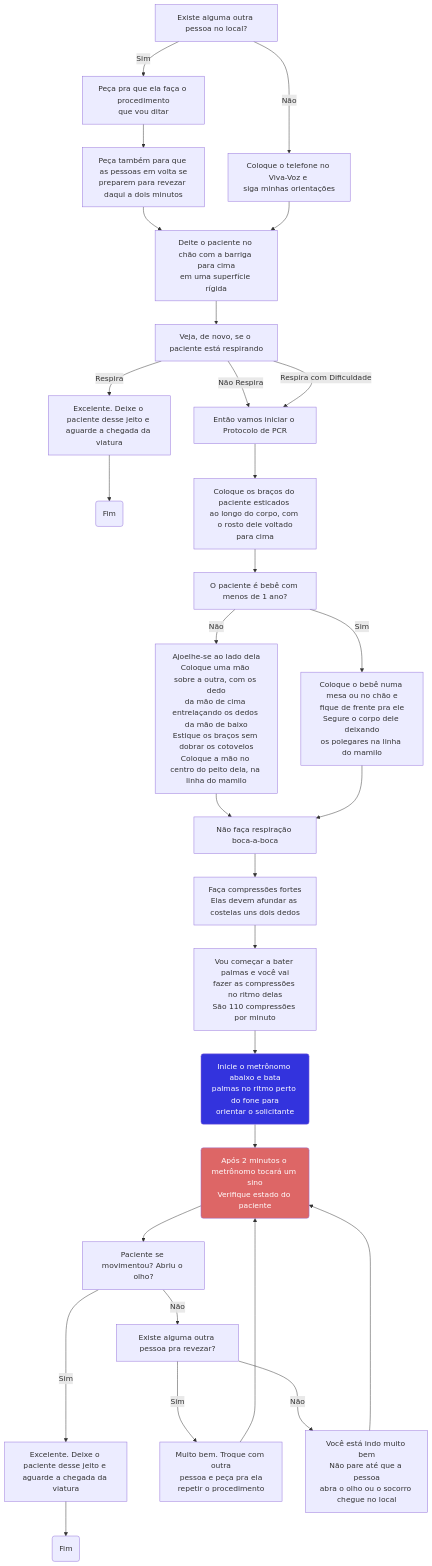
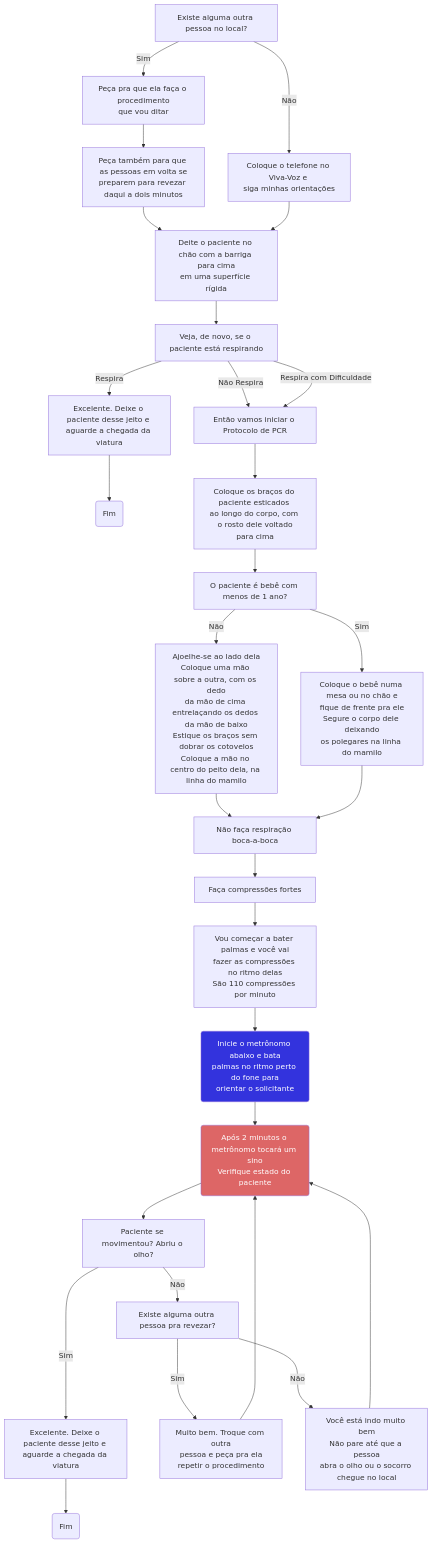
Before and after one commit to winstein27/protocolo-193: the diagram in docs/operacoes/pcr.mdx, drawn with Mermaid. The commit also changed 3 other files, not shown here.

````diff
--- a/docs/operacoes/pcr.mdx
+++ b/docs/operacoes/pcr.mdx
@@ -9,36 +9,36 @@
 ```mermaid
 graph TD;
     existe_outra_pessoa[Existe alguma outra pessoa no local?]-->|Sim|pedir_fazer_procedimento[Peça pra que ela faça o procedimento\nque vou ditar]
     pedir_fazer_procedimento --> pedir_revezamento[Peça também para que as pessoas em volta se\npreparem para revezar daqui a dois minutos]
     existe_outra_pessoa -->|Não| colocar_viva_voz[Coloque o telefone no Viva-Voz e \nsiga minhas orientações]
     pedir_revezamento --> deitar_paciente[Deite o paciente no chão com a barriga para cima\nem uma superfície rígida]
     colocar_viva_voz --> deitar_paciente
     deitar_paciente --> verificar_respiracao[Veja, de novo, se o paciente está respirando]
     verificar_respiracao -->|Respira|aguardar_viatura[Excelente. Deixe o paciente desse jeito e \naguarde a chegada da viatura]
     verificar_respiracao -->|Não Respira|iniciar_protocolo_pcr[Então vamos iniciar o Protocolo de PCR]
     verificar_respiracao -->|Respira com Dificuldade|iniciar_protocolo_pcr
     aguardar_viatura --> fim_atendimento(Fim)
     iniciar_protocolo_pcr --> posicionar_bracos[Coloque os braços do paciente esticados \nao longo do corpo, com o rosto dele voltado\npara cima]
     posicionar_bracos --> verificar_idade[O paciente é bebê com menos de 1 ano?]
     verificar_idade --> |Não|posicionar_adulto[Ajoelhe-se ao lado dela\nColoque uma mão sobre a outra, com os dedo\nda mão de cima entrelaçando os dedos da mão de baixo\nEstique os braços sem dobrar os cotovelos\nColoque a mão no centro do peito dela, na linha do mamilo]
     verificar_idade --> |Sim|posicionar_bebe[Coloque o bebê numa mesa ou no chão e\nfique de frente pra ele\nSegure o corpo dele deixando\nos polegares na linha do mamilo]
     posicionar_adulto --> orientacao_boca_boca[Não faça respiração boca-a-boca]
     posicionar_bebe --> orientacao_boca_boca
-    orientacao_boca_boca --> orientacao_compressoes[Faça compressões fortes\nElas devem afundar as costelas uns dois dedos]
+    orientacao_boca_boca --> orientacao_compressoes[Faça compressões fortes]
     orientacao_compressoes --> orientar_compressoes[Vou começar a bater palmas e você vai\nfazer as compressões no ritmo delas\nSão 110 compressões por minuto]
     orientar_compressoes --> abrir_metronomo(Inicie o metrônomo abaixo e bata\npalmas no ritmo perto do fone para\norientar o solicitante):::link
     abrir_metronomo --> marcar_tempo(Após 2 minutos o metrônomo tocará um sino\nVerifique estado do paciente):::atendente
     marcar_tempo --> verificar_paciente[Paciente se movimentou? Abriu o olho?]
     verificar_paciente ----> |Sim|aguardar_viatura_2[Excelente. Deixe o paciente desse jeito e \naguarde a chegada da viatura] --> fim_atendimento2(Fim)
     verificar_paciente --> |Não|verificar_novamente_revezamento[Existe alguma outra pessoa pra revezar?]
     verificar_novamente_revezamento ---> |Sim|pedir_para_revezar[Muito bem. Troque com outra\npessoa e peça pra ela\nrepetir o procedimento]
     verificar_novamente_revezamento ---> |Não|estimular_solicitante[Você está indo muito bem\nNão pare até que a pessoa\nabra o olho ou o socorro chegue no local]
     pedir_para_revezar --> marcar_tempo
     estimular_solicitante --> marcar_tempo
 
     classDef atendente fill:#d66, color:#fff
     classDef link fill:#33d, color:#fff
     click abrir_metronomo "#metrônomo" "Metrônomo"
     click aguardar_viatura_2 "../." "Retornar" _blank
 
 ```
````
